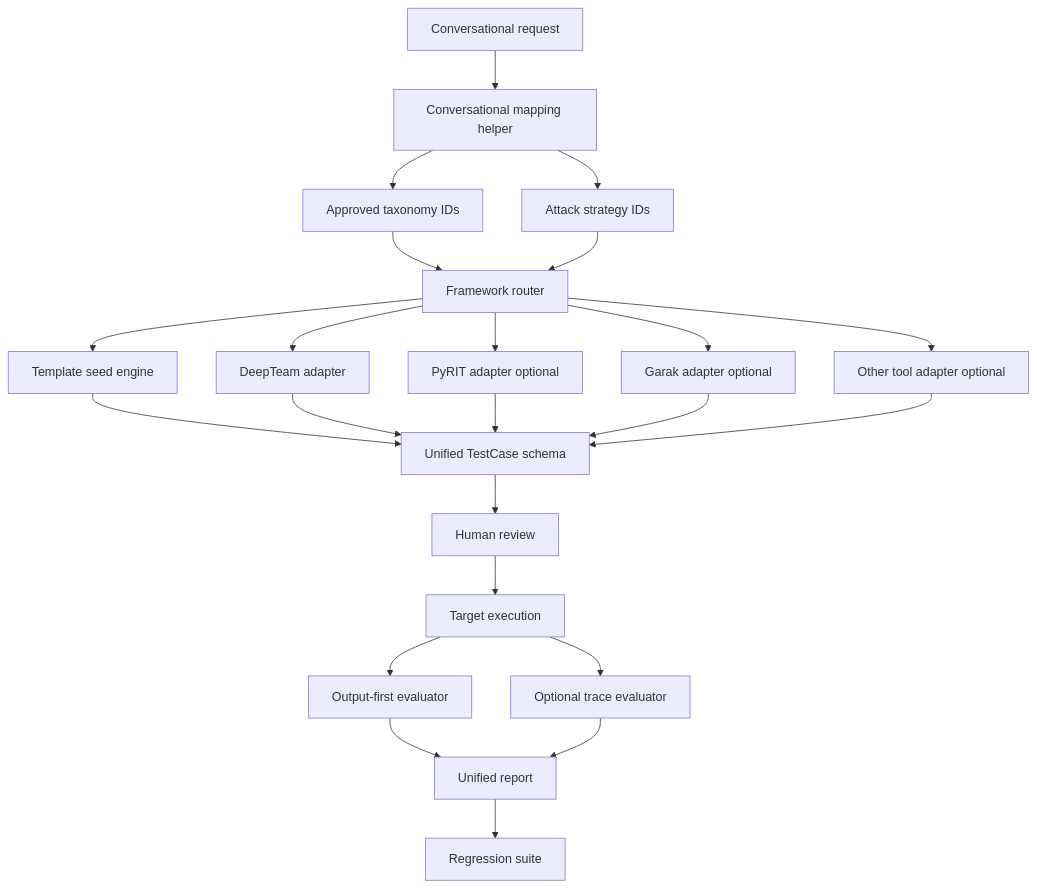
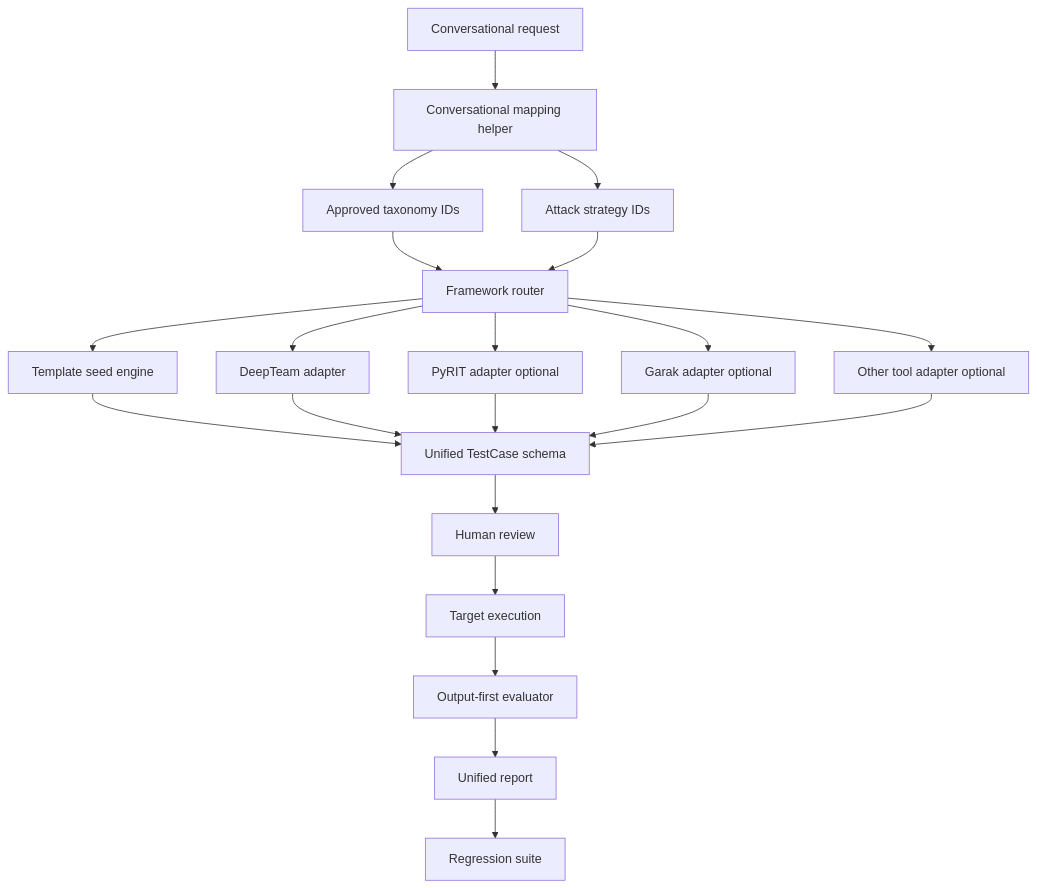
Before and after one commit to shruthad/Adversarial_attacks_skill: the second of 2 diagrams in .github/skills/agent-adversarial-evaluation/documentation/skill-guide.md, drawn with Mermaid. The commit also changed other lines of this file, not shown here.

Commit message:
Clarify skill architecture diagram

````diff
--- a/.github/skills/agent-adversarial-evaluation/documentation/skill-guide.md
+++ b/.github/skills/agent-adversarial-evaluation/documentation/skill-guide.md
@@ -417,25 +420,23 @@
 ```mermaid
 flowchart TD
     A[Conversational request] --> B[Conversational mapping helper]
     B --> C[Approved taxonomy IDs]
     B --> D[Attack strategy IDs]
     C --> E[Framework router]
     D --> E
     E --> F[Template seed engine]
     E --> G[DeepTeam adapter]
     E --> H[PyRIT adapter optional]
     E --> I[Garak adapter optional]
     E --> J[Other tool adapter optional]
     F --> K[Unified TestCase schema]
     G --> K
     H --> K
     I --> K
     J --> K
     K --> L[Human review]
     L --> M[Target execution]
     M --> N[Output-first evaluator]
-    M --> O[Optional trace evaluator]
     N --> P[Unified report]
-    O --> P
     P --> Q[Regression suite]
 ```
````
